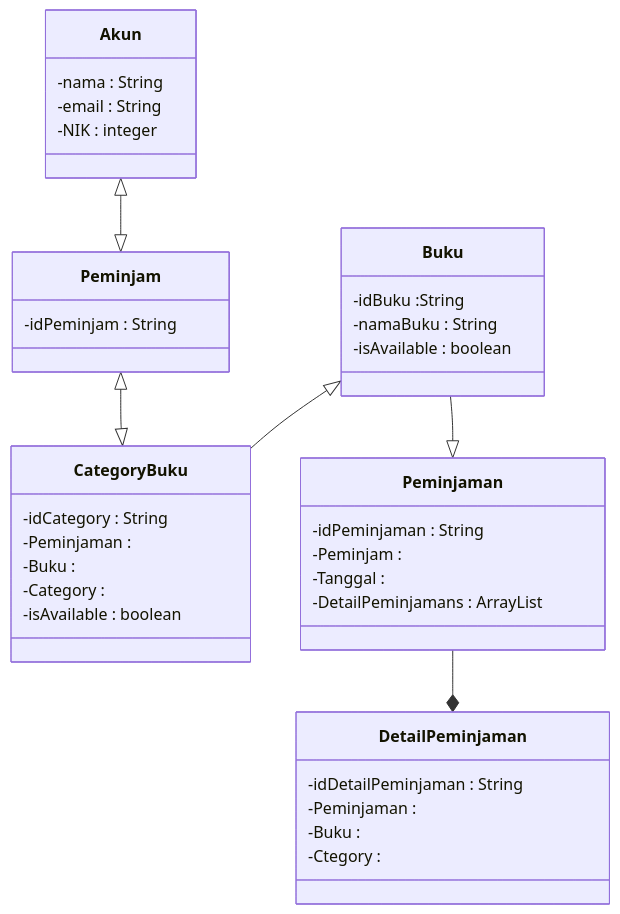
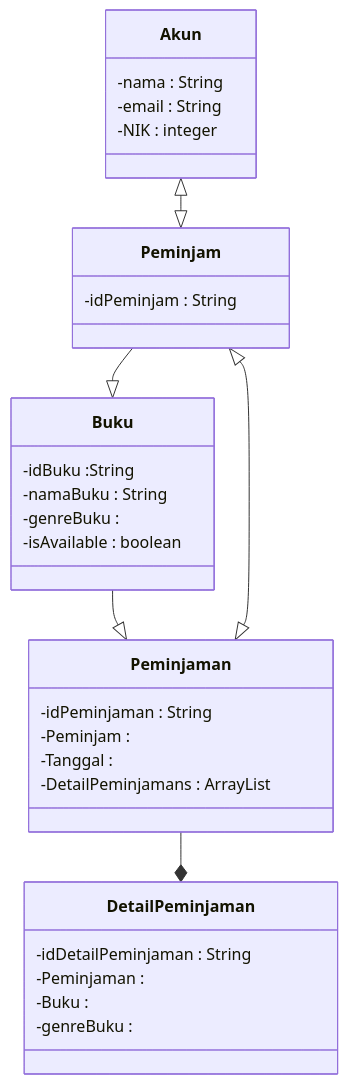
The diagram in README.md (ikhsanhazamy/UAS-DASPRO), drawn with Mermaid before and after one commit.

````diff
--- a/README.md
+++ b/README.md
@@ -3,49 +3,42 @@
 ```mermaid
 classDiagram
     class Akun{
         -nama : String
         -email : String
         -NIK : integer
     }
 
     class Buku{
         -idBuku :String
         -namaBuku : String
-        -isAvailable : boolean
-    }
-
-    class CategoryBuku{
-        -idCategory : String
-        -Peminjaman :
-        -Buku :
-        -Category :
+        -genreBuku :
         -isAvailable : boolean
     }
 
     class DetailPeminjaman{
         -idDetailPeminjaman : String
         -Peminjaman :
         -Buku :
-        -Ctegory :
+        -genreBuku :
      
     }
 
     class Peminjam{
         -idPeminjam : String
     }
 
 class Peminjaman{
         -idPeminjaman : String
         -Peminjam :
         -Tanggal :
         -DetailPeminjamans : ArrayList
 
 }
 
     Akun <|--|> Peminjam
     Buku --|> Peminjaman
-    Peminjam <|--|> CategoryBuku
-    Buku <|-- CategoryBuku
+    Peminjam --|> Buku
+    Peminjaman <|--|> Peminjam
     Peminjaman --*  DetailPeminjaman
     
 ```
````
